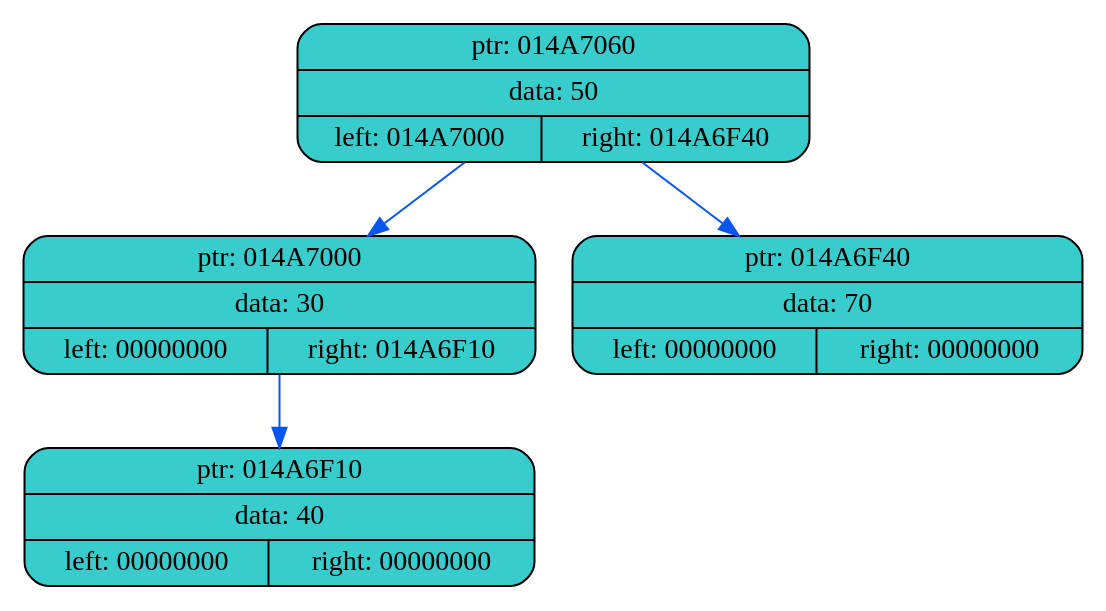
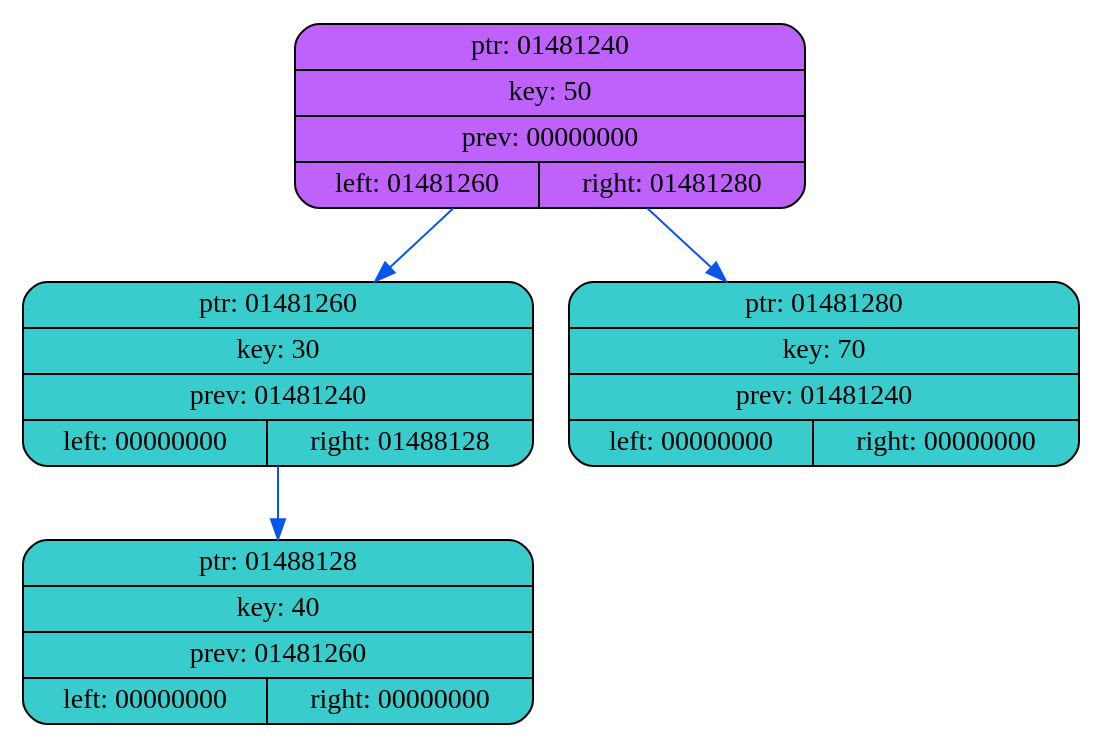
Before and after one commit to coffee8cat/akinator: the diagram in data/dump1.dot, drawn with Graphviz. The commit also changed 9 other files, not shown here.

```diff
--- a/data/dump1.dot
+++ b/data/dump1.dot
@@ -1,12 +1,12 @@
 digraph
 {
     rankdir=TP
 
-        node014A7060[shape=record,style="rounded,filled",fillcolor="#39CCCC",label="{ ptr: 014A7060 | data: 50 | { left: 014A7000 | right: 014A6F40 }}"];
-    node014A7060 -> node014A7000[color="#0855F0"]
-    node014A7000[shape=record,style="rounded,filled",fillcolor="#39CCCC",label="{ ptr: 014A7000 | data: 30 | { left: 00000000 | right: 014A6F10 }}"];
-    node014A7000 -> node014A6F10[color="#0855F0"]
-    node014A6F10[shape=record,style="rounded,filled",fillcolor="#39CCCC",label="{ ptr: 014A6F10 | data: 40 | { left: 00000000 | right: 00000000 }}"];
-    node014A7060 -> node014A6F40[color="#0855F0"]
-    node014A6F40[shape=record,style="rounded,filled",fillcolor="#39CCCC",label="{ ptr: 014A6F40 | data: 70 | { left: 00000000 | right: 00000000 }}"];
+        node01481240[shape=record,style="rounded,filled",fillcolor="#BF62FC",label="{ ptr: 01481240 | key: 50 | prev: 00000000| { left: 01481260 | right: 01481280 }}"];
+    node01481240 -> node01481260[color="#0855F0"]
+    node01481260[shape=record,style="rounded,filled",fillcolor="#39CCCC",label="{ ptr: 01481260 | key: 30 | prev: 01481240 | { left: 00000000 | right: 01488128 }}"];
+    node01481260 -> node01488128[color="#0855F0"]
+    node01488128[shape=record,style="rounded,filled",fillcolor="#39CCCC",label="{ ptr: 01488128 | key: 40 | prev: 01481260 | { left: 00000000 | right: 00000000 }}"];
+    node01481240 -> node01481280[color="#0855F0"]
+    node01481280[shape=record,style="rounded,filled",fillcolor="#39CCCC",label="{ ptr: 01481280 | key: 70 | prev: 01481240 | { left: 00000000 | right: 00000000 }}"];
 }
```
